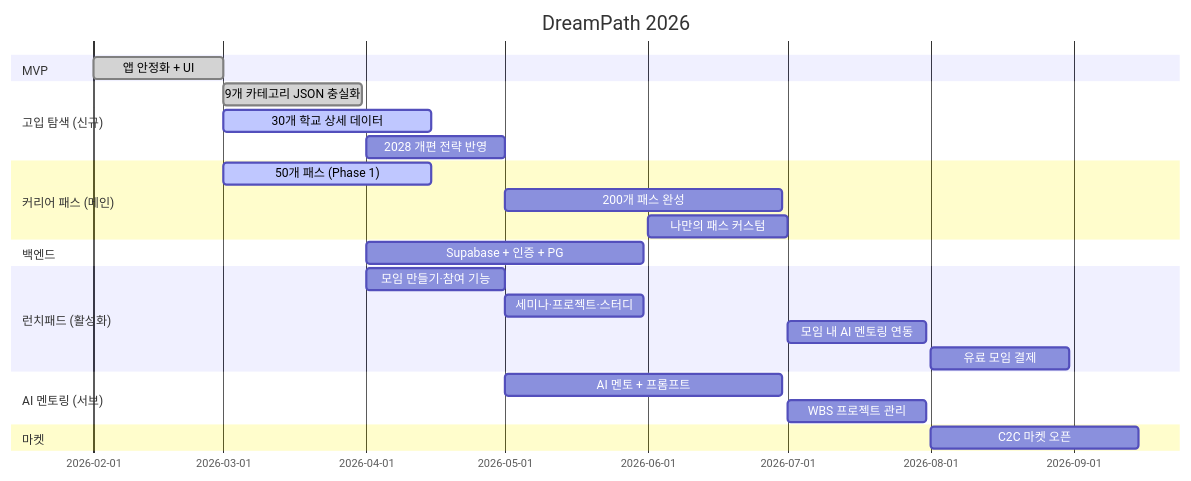
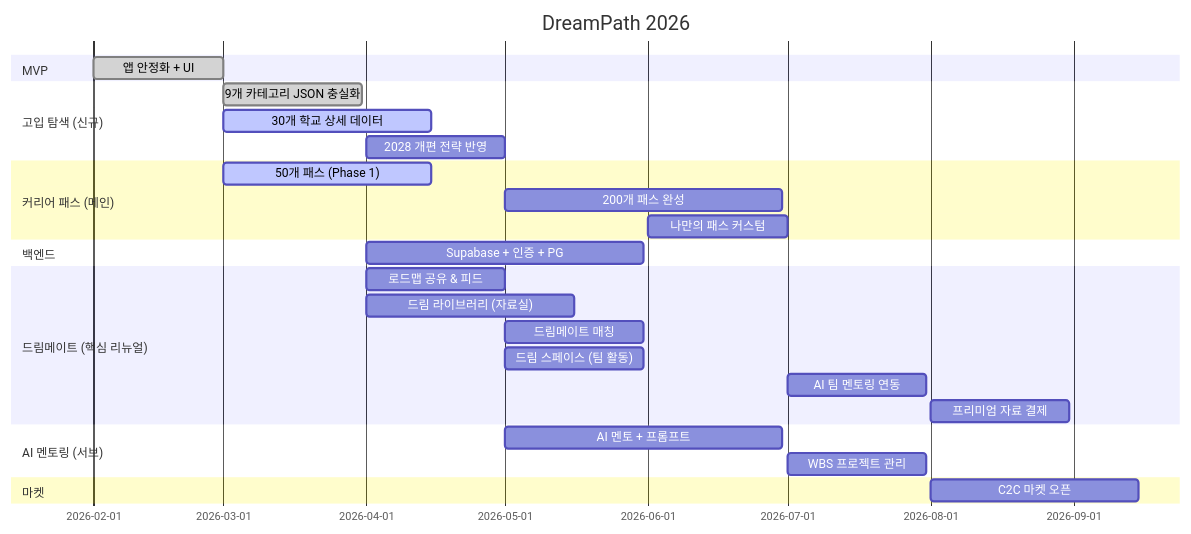
One commit to Collegenie-X/AI-career-path changed the second of 2 diagrams in Readme.md. Above: the diagram before and after it, drawn with Mermaid. The commit also changed other lines of this file and 25 other files, not shown here.

````diff
--- a/Readme.md
+++ b/Readme.md
@@ -316,27 +380,29 @@
 ```mermaid
 gantt
     title DreamPath 2026
     dateFormat  YYYY-MM
     section MVP
     앱 안정화 + UI           :done, 2026-02, 28d
     section 고입 탐색 (신규)
     9개 카테고리 JSON 충실화  :done, 2026-03, 30d
     30개 학교 상세 데이터     :active, 2026-03, 45d
     2028 개편 전략 반영       :2026-04, 30d
     section 커리어 패스 (메인)
     50개 패스 (Phase 1)      :active, 2026-03, 45d
     200개 패스 완성           :2026-05, 60d
     나만의 패스 커스텀         :2026-06, 30d
     section 백엔드
     Supabase + 인증 + PG     :2026-04, 60d
-    section 런치패드 (활성화)
-    모임 만들기·참여 기능      :2026-04, 30d
-    세미나·프로젝트·스터디      :2026-05, 30d
-    모임 내 AI 멘토링 연동     :2026-07, 30d
-    유료 모임 결제             :2026-08, 30d
+    section 드림메이트 (핵심 리뉴얼)
+    로드맵 공유 & 피드        :2026-04, 30d
+    드림 라이브러리 (자료실)   :2026-04, 45d
+    드림메이트 매칭            :2026-05, 30d
+    드림 스페이스 (팀 활동)    :2026-05, 30d
+    AI 팀 멘토링 연동          :2026-07, 30d
+    프리미엄 자료 결제          :2026-08, 30d
     section AI 멘토링 (서브)
     AI 멘토 + 프롬프트        :2026-05, 60d
     WBS 프로젝트 관리         :2026-07, 30d
     section 마켓
     C2C 마켓 오픈             :2026-08, 45d
 ```
````
